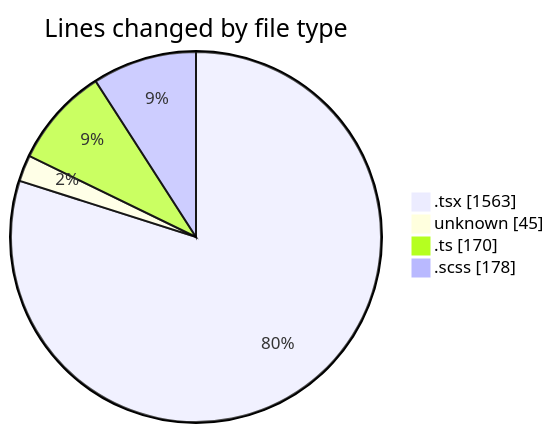
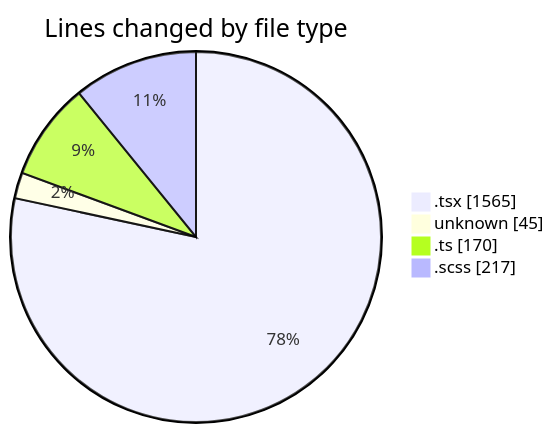
One commit to momahboobian/code-tracking changed the first of 2 diagrams in 2025-09-01/cda/README.md. Above: the diagram before and after it, drawn with Mermaid. The commit also changed other lines of this file and 1 other file, not shown here.

````diff
--- a/2025-09-01/cda/README.md
+++ b/2025-09-01/cda/README.md
@@ -26,8 +26,8 @@
 ```mermaid
 pie showData
 title Lines changed by file type
-".tsx" : 1563
+".tsx" : 1565
 "unknown" : 45
 ".ts" : 170
-".scss" : 178
+".scss" : 217
 ```
````
